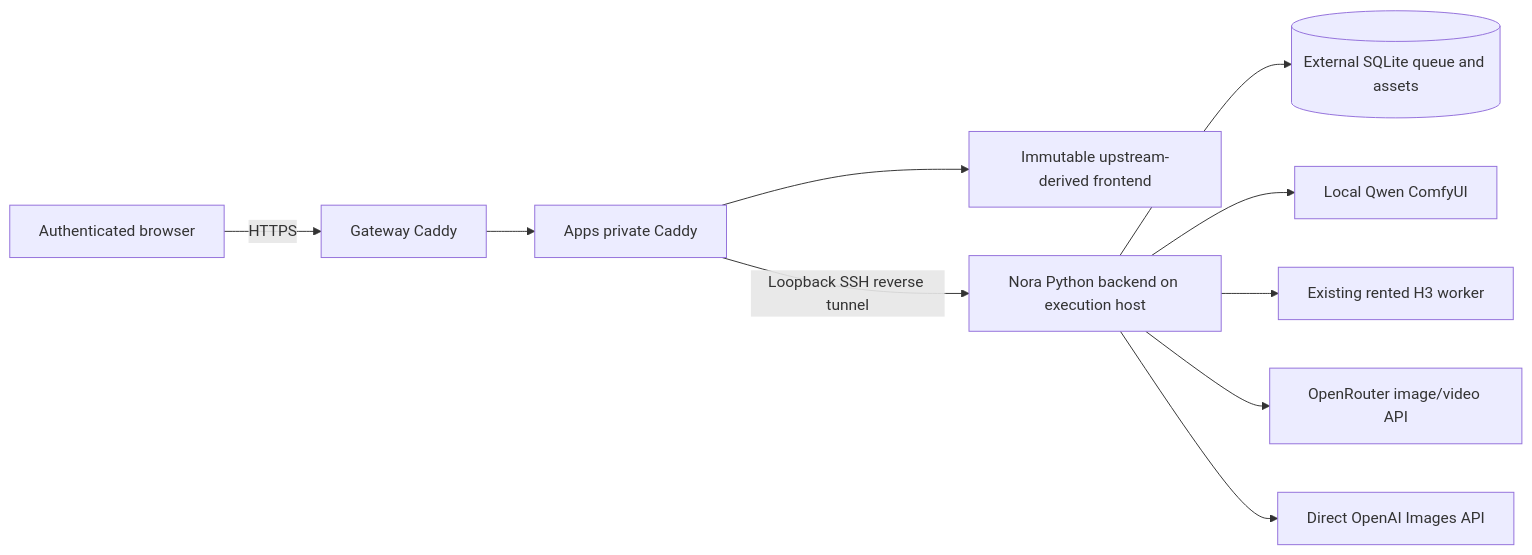
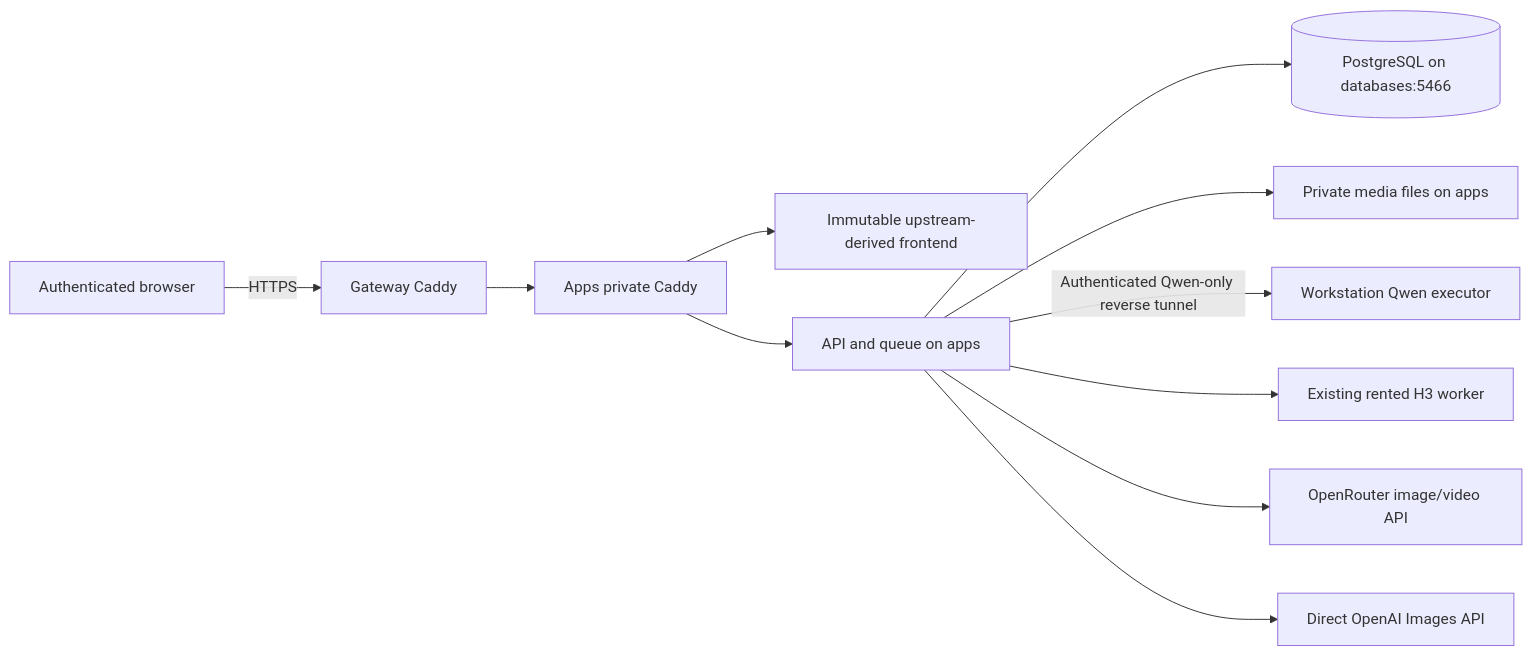
One commit to v-v-l/Open-Generative-AI changed the diagram in docs/diagrams/data-flow.md. Above: the diagram before and after it, drawn with Mermaid. The commit also changed other lines of this file and 6 other files, not shown here.

Commit message:
Record verified apps and databases migration

````diff
--- a/docs/diagrams/data-flow.md
+++ b/docs/diagrams/data-flow.md
@@ -6,12 +5,13 @@
 ```mermaid
 flowchart LR
   Browser[Authenticated browser] -->|HTTPS| Gateway[Gateway Caddy]
   Gateway --> Apps[Apps private Caddy]
   Apps --> Static[Immutable upstream-derived frontend]
-  Apps -->|Loopback SSH reverse tunnel| Backend[Nora Python backend on execution host]
-  Backend --> Queue[(External SQLite queue and assets)]
-  Backend --> Qwen[Local Qwen ComfyUI]
+  Apps --> Backend[API and queue on apps]
+  Backend --> DB[(PostgreSQL on databases:5466)]
+  Backend --> Files[Private media files on apps]
+  Backend -->|Authenticated Qwen-only reverse tunnel| Qwen[Workstation Qwen executor]
   Backend --> H3[Existing rented H3 worker]
   Backend --> OR[OpenRouter image/video API]
   Backend --> OpenAI[Direct OpenAI Images API]
 ```
````
